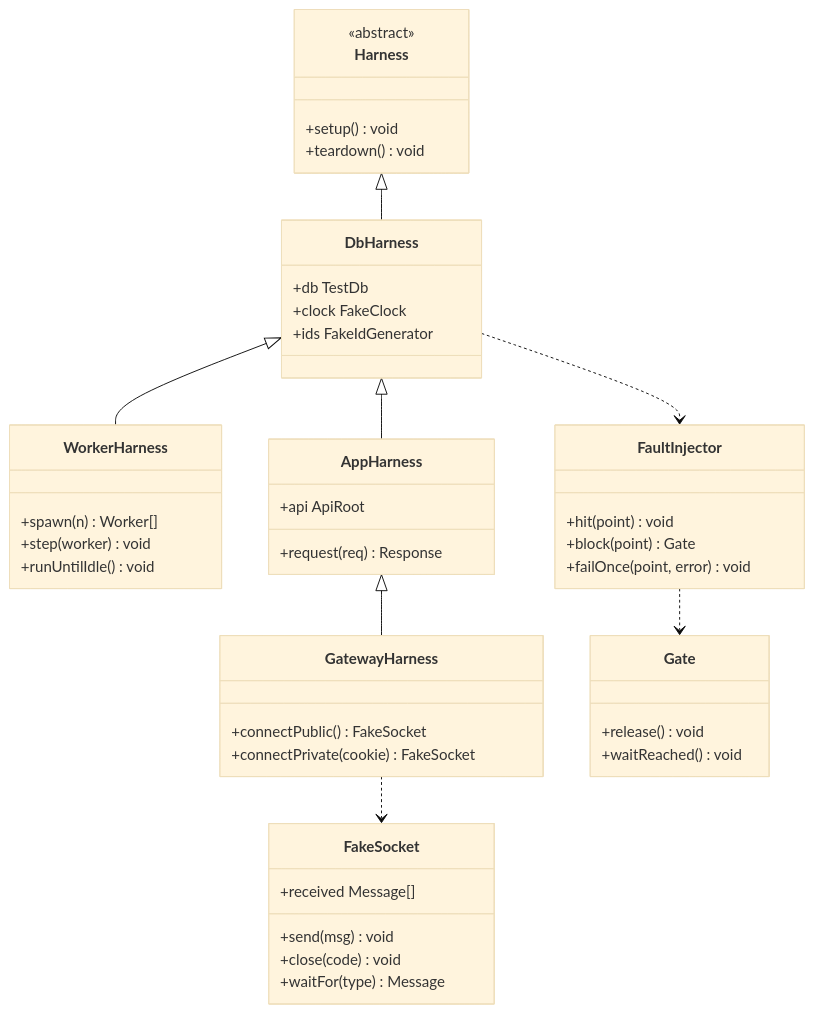
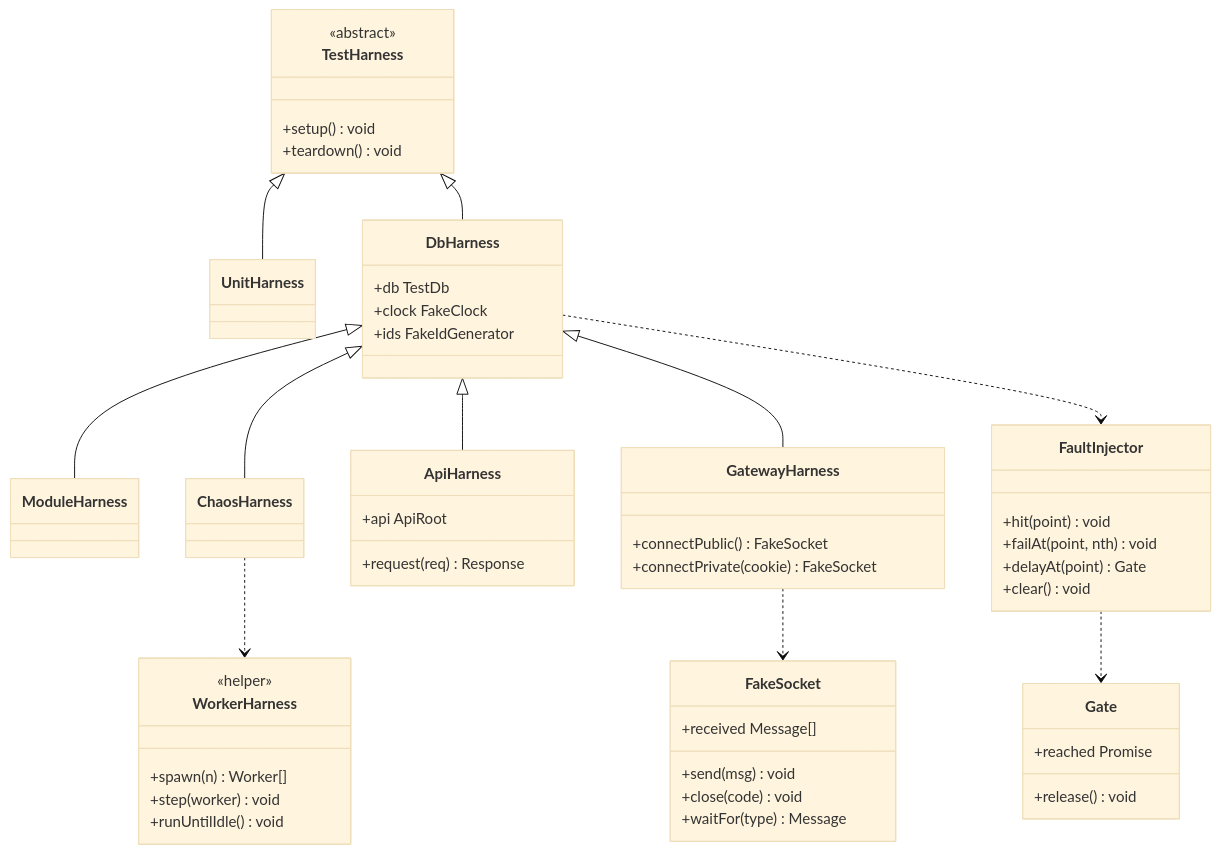
Diagram 29 of 33 in docs/design/features/16-cross-cutting.md (1985jwlee/portpolio_backend), drawn with Mermaid (base theme) before and after one commit. The commit also changed other lines of this file and 33 other files, not shown here.

````diff
--- a/docs/design/features/16-cross-cutting.md
+++ b/docs/design/features/16-cross-cutting.md
@@ -1415,48 +1437,56 @@
 ```mermaid
 classDiagram
-    class Harness {
+    class TestHarness {
         <<abstract>>
         +setup() void
         +teardown() void
     }
+    class UnitHarness
+    class ModuleHarness
+    class ChaosHarness
     class DbHarness {
         +db TestDb
         +clock FakeClock
         +ids FakeIdGenerator
     }
     class WorkerHarness {
+        <<helper>>
         +spawn(n) Worker[]
         +step(worker) void
         +runUntilIdle() void
     }
-    class AppHarness {
+    class ApiHarness {
         +api ApiRoot
         +request(req) Response
     }
     class GatewayHarness {
         +connectPublic() FakeSocket
         +connectPrivate(cookie) FakeSocket
     }
-    Harness <|-- DbHarness
-    DbHarness <|-- WorkerHarness
-    DbHarness <|-- AppHarness
-    AppHarness <|-- GatewayHarness
+    TestHarness <|-- UnitHarness
+    TestHarness <|-- DbHarness
+    DbHarness <|-- ModuleHarness
+    DbHarness <|-- ChaosHarness
+    DbHarness <|-- ApiHarness
+    DbHarness <|-- GatewayHarness
+    ChaosHarness ..> WorkerHarness
     class FaultInjector {
         +hit(point) void
-        +block(point) Gate
-        +failOnce(point, error) void
+        +failAt(point, nth) void
+        +delayAt(point) Gate
+        +clear() void
     }
     class Gate {
+        +reached Promise
         +release() void
-        +waitReached() void
     }
     FaultInjector ..> Gate
     DbHarness ..> FaultInjector
     class FakeSocket {
         +received Message[]
         +send(msg) void
         +close(code) void
         +waitFor(type) Message
     }
     GatewayHarness ..> FakeSocket
 ```
````
